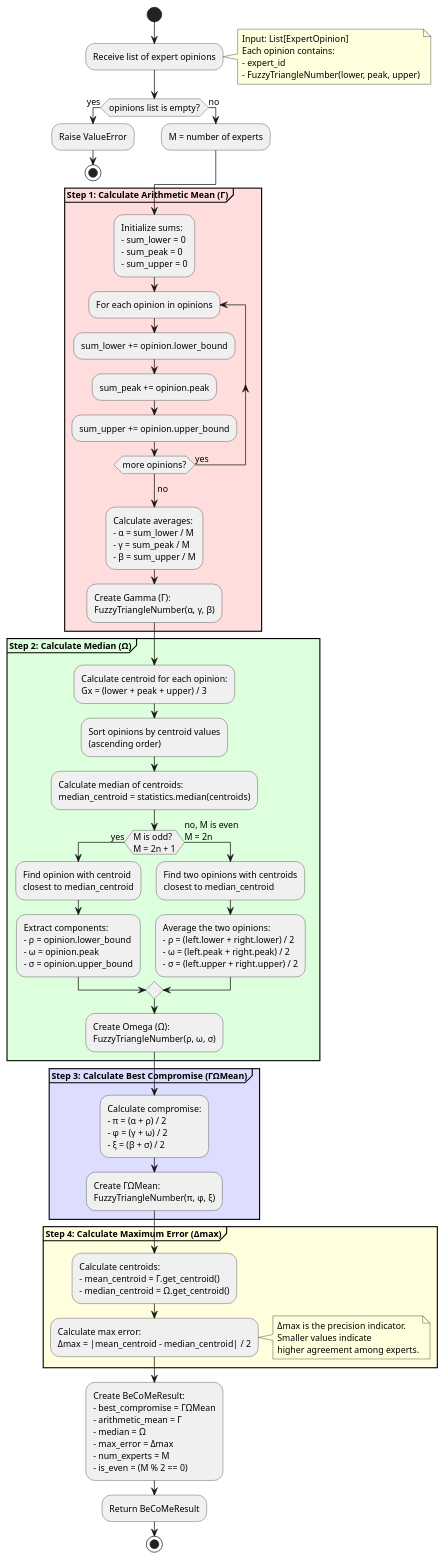
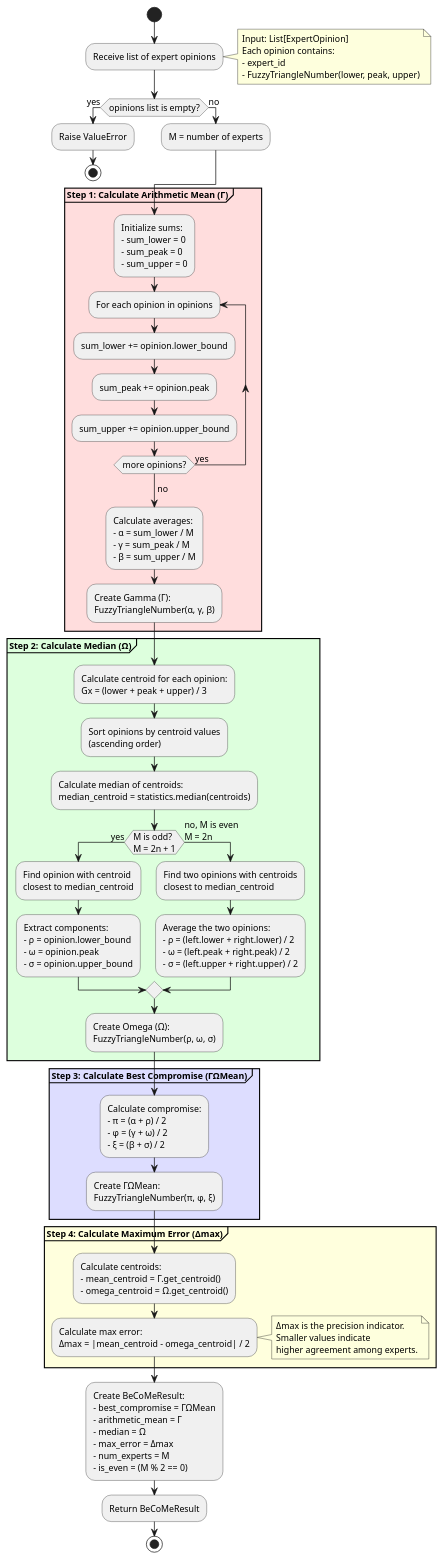
One commit to caitlon/BeCoMe changed the diagram in docs/uml-diagrams/en/diagrams/puml/activity-diagram.puml. Above: the diagram before and after it, drawn with PlantUML. The commit also changed 4 other files, not shown here.

```diff
--- a/docs/uml-diagrams/en/diagrams/puml/activity-diagram.puml
+++ b/docs/uml-diagrams/en/diagrams/puml/activity-diagram.puml
@@ -1,95 +1,95 @@
 @startuml BeCoMe-Activity-Diagram
 
 ' Style configuration
 skinparam backgroundColor #FFFFFF
 skinparam shadowing false
 skinparam defaultFontSize 12
 skinparam activityBorderColor #333333
 skinparam activityBackgroundColor #F0F0F0
 
 start
 
 :Receive list of expert opinions;
 note right
     Input: List[ExpertOpinion]
     Each opinion contains:
     - expert_id
     - FuzzyTriangleNumber(lower, peak, upper)
 end note
 
 ' Validation
 if (opinions list is empty?) then (yes)
     :Raise ValueError;
     stop
 else (no)
     :M = number of experts;
 endif
 
 ' === STEP 1: Arithmetic Mean ===
 partition "**Step 1: Calculate Arithmetic Mean (Γ)**" #FFDDDD {
     :Initialize sums:\n- sum_lower = 0\n- sum_peak = 0\n- sum_upper = 0;
     
     repeat :For each opinion in opinions;
         :sum_lower += opinion.lower_bound;
         :sum_peak += opinion.peak;
         :sum_upper += opinion.upper_bound;
     repeat while (more opinions?) is (yes)
     ->no;
     
     :Calculate averages:\n- α = sum_lower / M\n- γ = sum_peak / M\n- β = sum_upper / M;
     
     :Create Gamma (Γ):\nFuzzyTriangleNumber(α, γ, β);
 }
 
 ' === STEP 2: Median ===
 partition "**Step 2: Calculate Median (Ω)**" #DDFFDD {
     ' Sort by centroid
     :Calculate centroid for each opinion:\nGx = (lower + peak + upper) / 3;
 
     :Sort opinions by centroid values\n(ascending order);
 
     :Calculate median of centroids:\nmedian_centroid = statistics.median(centroids);
 
     ' Check if odd or even
     if (M is odd?\nM = 2n + 1) then (yes)
         :Find opinion with centroid\nclosest to median_centroid;
 
         :Extract components:\n- ρ = opinion.lower_bound\n- ω = opinion.peak\n- σ = opinion.upper_bound;
 
     else (no, M is even\nM = 2n)
         :Find two opinions with centroids\nclosest to median_centroid;
 
         :Average the two opinions:\n- ρ = (left.lower + right.lower) / 2\n- ω = (left.peak + right.peak) / 2\n- σ = (left.upper + right.upper) / 2;
     endif
 
     :Create Omega (Ω):\nFuzzyTriangleNumber(ρ, ω, σ);
 }
 
 ' === STEP 3: Best Compromise ===
 partition "**Step 3: Calculate Best Compromise (ΓΩMean)**" #DDDDFF {
     :Calculate compromise:\n- π = (α + ρ) / 2\n- φ = (γ + ω) / 2\n- ξ = (β + σ) / 2;
     
     :Create ΓΩMean:\nFuzzyTriangleNumber(π, φ, ξ);
 }
 
 ' === STEP 4: Maximum Error ===
 partition "**Step 4: Calculate Maximum Error (Δmax)**" #FFFFDD {
-    :Calculate centroids:\n- mean_centroid = Γ.get_centroid()\n- median_centroid = Ω.get_centroid();
-    
-    :Calculate max error:\nΔmax = |mean_centroid - median_centroid| / 2;
+    :Calculate centroids:\n- mean_centroid = Γ.get_centroid()\n- omega_centroid = Ω.get_centroid();
+
+    :Calculate max error:\nΔmax = |mean_centroid - omega_centroid| / 2;
     
     note right
         Δmax is the precision indicator.
         Smaller values indicate
         higher agreement among experts.
     end note
 }
 
 ' === STEP 5: Create Result ===
 :Create BeCoMeResult:\n- best_compromise = ΓΩMean\n- arithmetic_mean = Γ\n- median = Ω\n- max_error = Δmax\n- num_experts = M\n- is_even = (M % 2 == 0);
 
 :Return BeCoMeResult;
 
 stop
 
 @enduml
```
